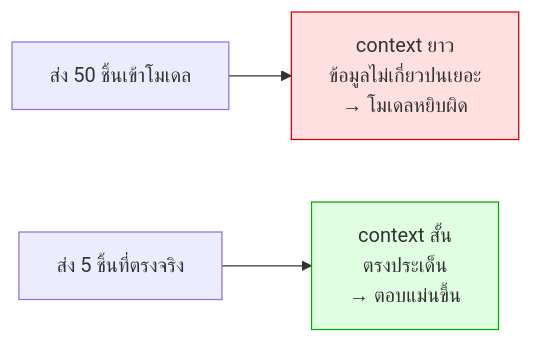
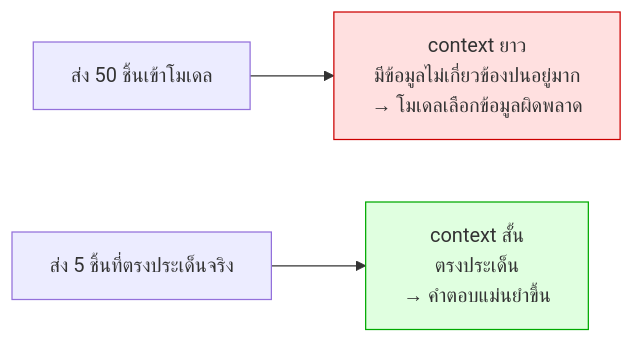
One commit to LLM-CE-KMITL/mcp-workshop changed the second of 2 diagrams in INSTRUCTIONS/day3/10-lab6-rerank-pipeline.md. Above: the diagram before and after it, drawn with Mermaid. The commit also changed other lines of this file and 53 other files, not shown here.

````diff
--- a/INSTRUCTIONS/day3/10-lab6-rerank-pipeline.md
+++ b/INSTRUCTIONS/day3/10-lab6-rerank-pipeline.md
@@ -44,7 +44,7 @@
 ```mermaid
 flowchart LR
-    A["ส่ง 50 ชิ้นเข้าโมเดล"] --> A1["context ยาว<br/>ข้อมูลไม่เกี่ยวปนเยอะ<br/>→ โมเดลหยิบผิด"]
-    B["ส่ง 5 ชิ้นที่ตรงจริง"] --> B1["context สั้น<br/>ตรงประเด็น<br/>→ ตอบแม่นขึ้น"]
+    A["ส่ง 50 ชิ้นเข้าโมเดล"] --> A1["context ยาว<br/>มีข้อมูลไม่เกี่ยวข้องปนอยู่มาก<br/>→ โมเดลเลือกข้อมูลผิดพลาด"]
+    B["ส่ง 5 ชิ้นที่ตรงประเด็นจริง"] --> B1["context สั้น<br/>ตรงประเด็น<br/>→ คำตอบแม่นยำขึ้น"]
     style A1 fill:#ffe0e0,stroke:#c00
     style B1 fill:#e0ffe0,stroke:#0a0
 ```
````
